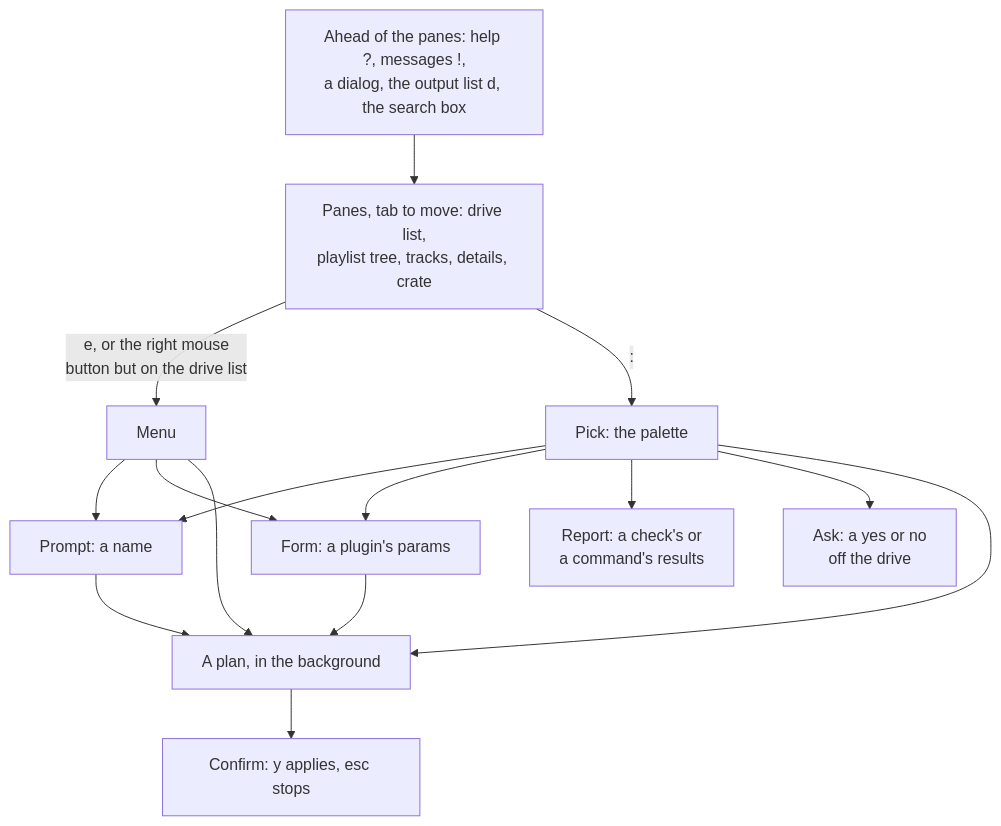
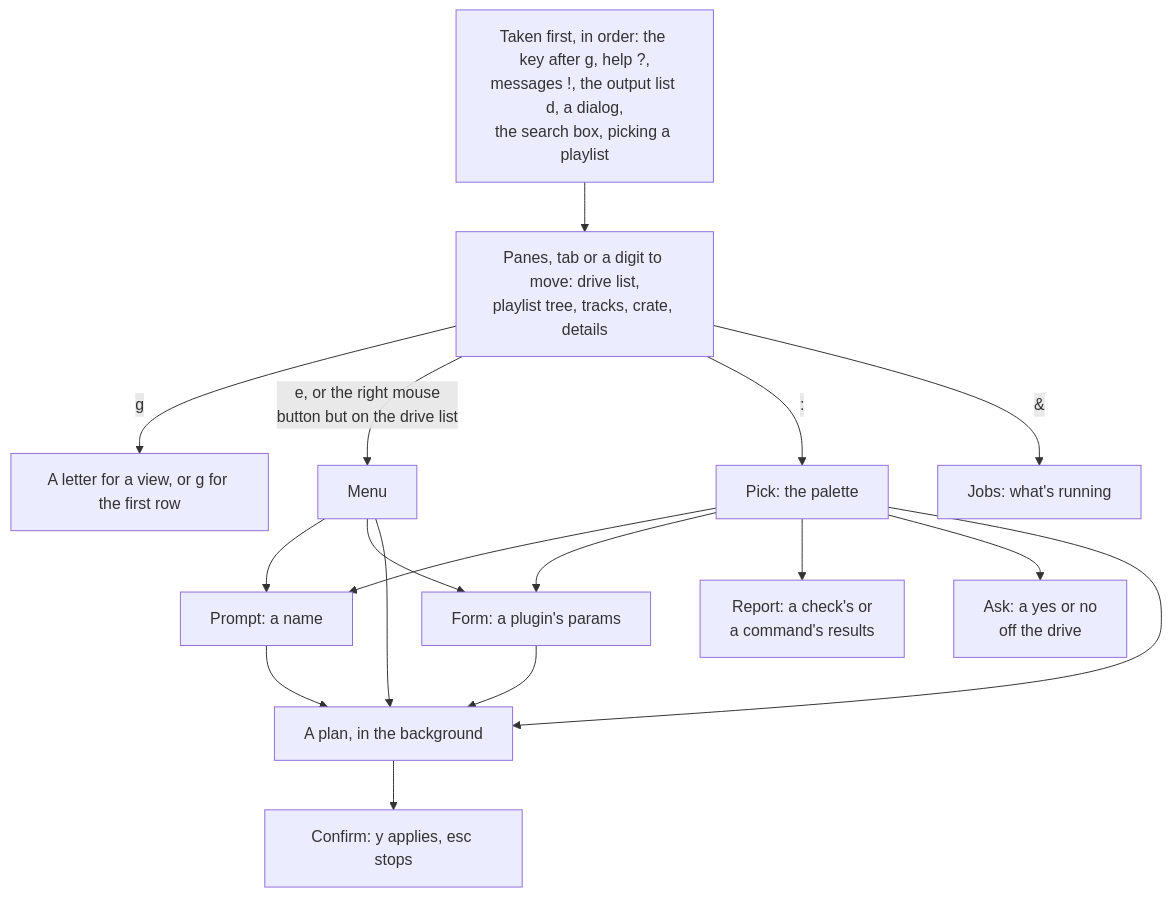
Before and after one commit to cutenode/localnetwork: the fourth of 17 diagrams in apps/locallibrary/docs/diagrams/player.md, drawn with Mermaid. The commit also changed other lines of this file and 6 other files, not shown here.

First line of the commit message:
docs(locallibrary): bring the diagrams up to date with the code

````diff
--- a/apps/locallibrary/docs/diagrams/player.md
+++ b/apps/locallibrary/docs/diagrams/player.md
@@ -45,17 +90,19 @@
 ```mermaid
 flowchart TD
-    first["Ahead of the panes: help ?, messages !,<br/>a dialog, the output list d, the search box"] --> panes["Panes, tab to move: drive list,<br/>playlist tree, tracks, details, crate"]
+    first["Taken first, in order: the key after g, help ?,<br/>messages !, the output list d, a dialog,<br/>the search box, picking a playlist"] --> panes["Panes, tab or a digit to move: drive list,<br/>playlist tree, tracks, crate, details"]
+    panes -->|"g"| chord["A letter for a view, or g for the first row"]
     panes -->|"e, or the right mouse<br/>button but on the drive list"| menu["Menu"]
     panes -->|":"| pick["Pick: the palette"]
+    panes -->|"&"| jobs["Jobs: what's running"]
     menu --> prompt["Prompt: a name"]
     pick --> prompt
     menu --> form["Form: a plugin's params"]
     pick --> form
     pick --> report["Report: a check's or<br/>a command's results"]
     pick --> ask["Ask: a yes or no<br/>off the drive"]
     prompt --> plan["A plan, in the background"]
     menu --> plan
     pick --> plan
     form --> plan
     plan --> confirm["Confirm: y applies, esc stops"]
 ```
````
